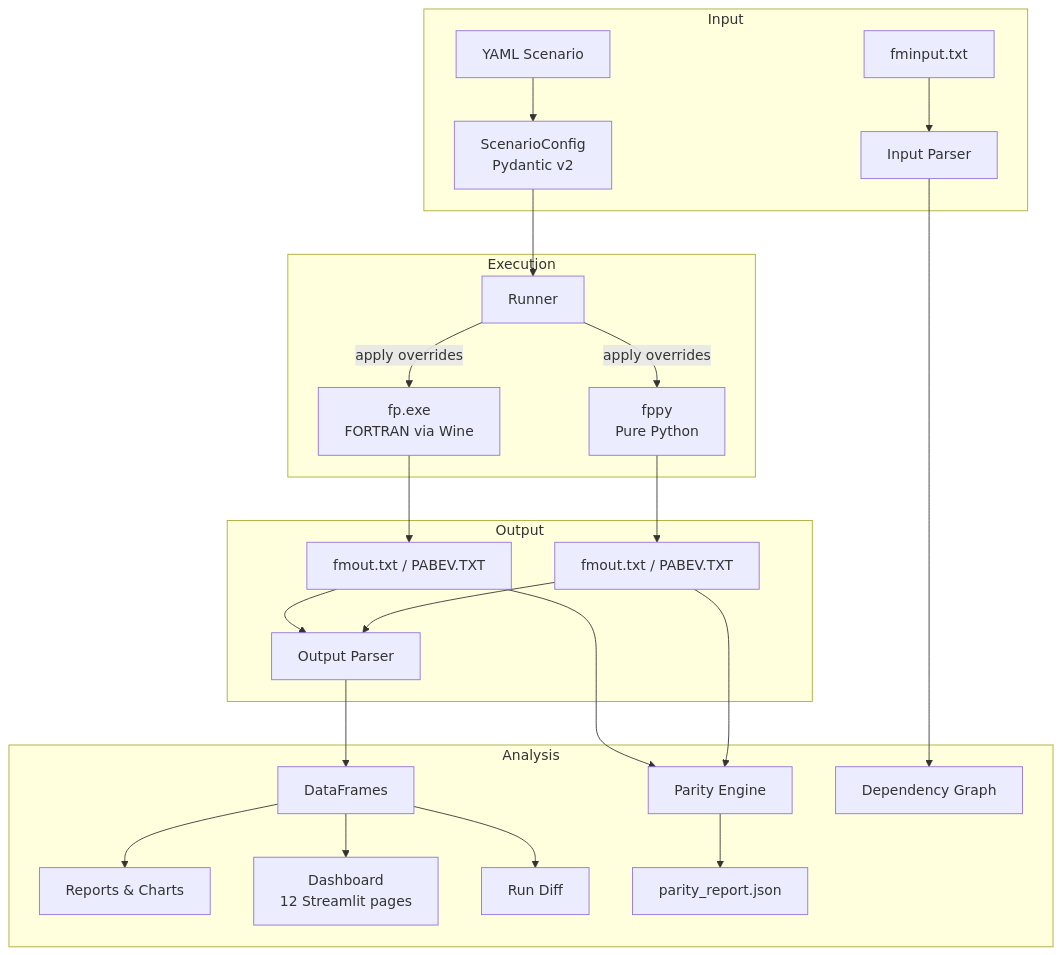
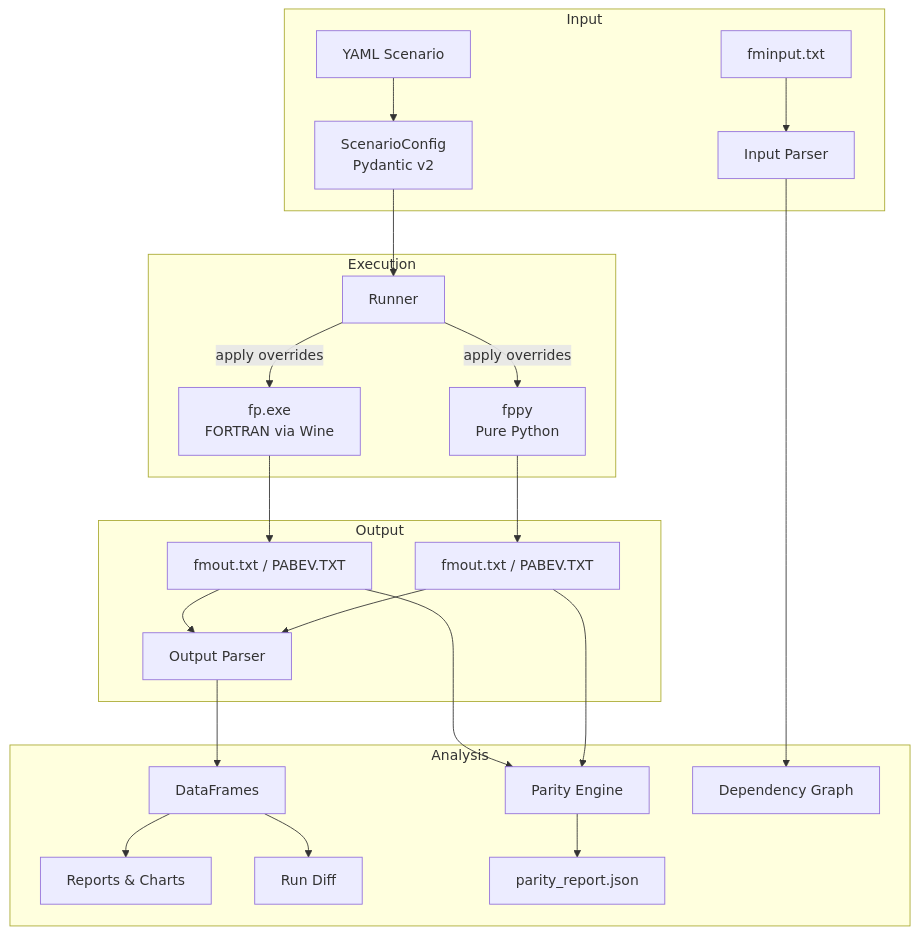
Before and after one commit to smkwray/fp-wraptr: the first of 2 diagrams in docs/architecture.md, drawn with Mermaid. The commit also changed other lines of this file and 244 other files, not shown here.

````diff
--- a/docs/architecture.md
+++ b/docs/architecture.md
@@ -5,30 +5,29 @@
 ```mermaid
 graph TD
     subgraph Input
         A[YAML Scenario] --> B[ScenarioConfig<br/>Pydantic v2]
         P[fminput.txt] --> Q[Input Parser]
     end
 
     subgraph Execution
         B --> C[Runner]
         C -->|apply overrides| D1[fp.exe<br/>FORTRAN via Wine]
         C -->|apply overrides| D2[fppy<br/>Pure Python]
     end
 
     subgraph Output
         D1 --> E1[fmout.txt / PABEV.TXT]
         D2 --> E2[fmout.txt / PABEV.TXT]
         E1 --> F[Output Parser]
         E2 --> F
     end
 
     subgraph Analysis
         F --> G[DataFrames]
         G --> H[Reports & Charts]
-        G --> I[Dashboard<br/>12 Streamlit pages]
         G --> J[Run Diff]
         E1 & E2 --> K[Parity Engine]
         K --> L[parity_report.json]
         Q --> M[Dependency Graph]
     end
 ```
````
